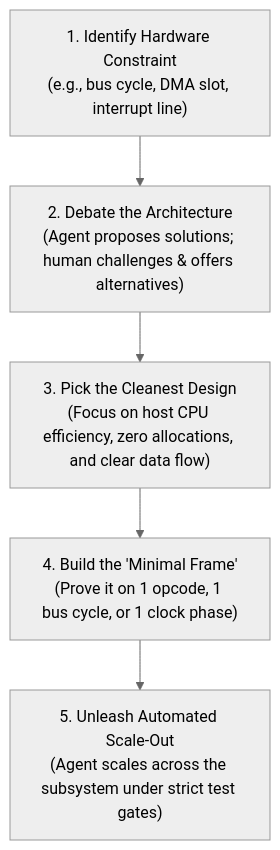
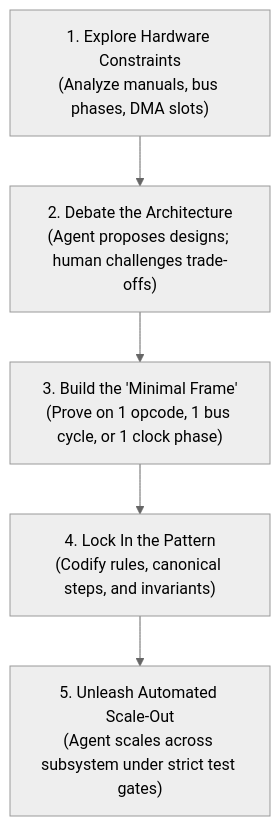
The first of 2 diagrams in docs/how_this_emulator_was_written.md (tomek-anuszkiewicz/amiga-studio), drawn with Mermaid (neutral theme) before and after one commit. The commit also changed other lines of this file and 1 other file, not shown here.

````diff
--- a/docs/how_this_emulator_was_written.md
+++ b/docs/how_this_emulator_was_written.md
@@ -124,7 +42,7 @@
 ```mermaid
 flowchart TD
-    A["1. Identify Hardware Constraint\n(e.g., bus cycle, DMA slot, interrupt line)"] --> B["2. Debate the Architecture\n(Agent proposes solutions; human challenges & offers alternatives)"]
-    B --> C["3. Pick the Cleanest Design\n(Focus on host CPU efficiency, zero allocations, and clear data flow)"]
-    C --> D["4. Build the 'Minimal Frame'\n(Prove it on 1 opcode, 1 bus cycle, or 1 clock phase)"]
-    D --> E["5. Unleash Automated Scale-Out\n(Agent scales across the subsystem under strict test gates)"]
+    A["1. Explore Hardware Constraints\n(Analyze manuals, bus phases, DMA slots)"] --> B["2. Debate the Architecture\n(Agent proposes designs; human challenges trade-offs)"]
+    B --> C["3. Build the 'Minimal Frame'\n(Prove on 1 opcode, 1 bus cycle, or 1 clock phase)"]
+    C --> D["4. Lock In the Pattern\n(Codify rules, canonical steps, and invariants)"]
+    D --> E["5. Unleash Automated Scale-Out\n(Agent scales across subsystem under strict test gates)"]
 ```
````
